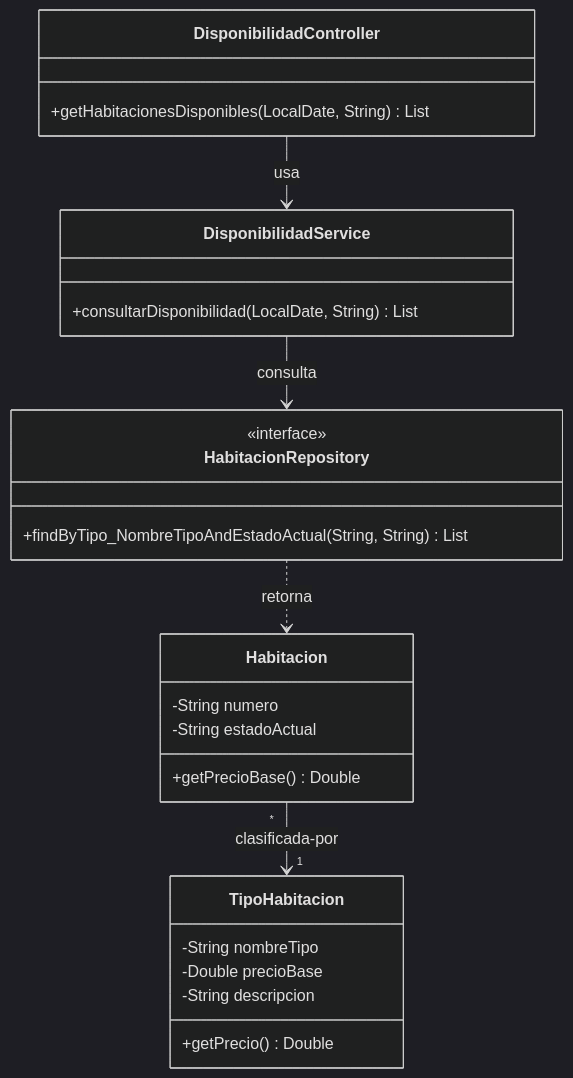
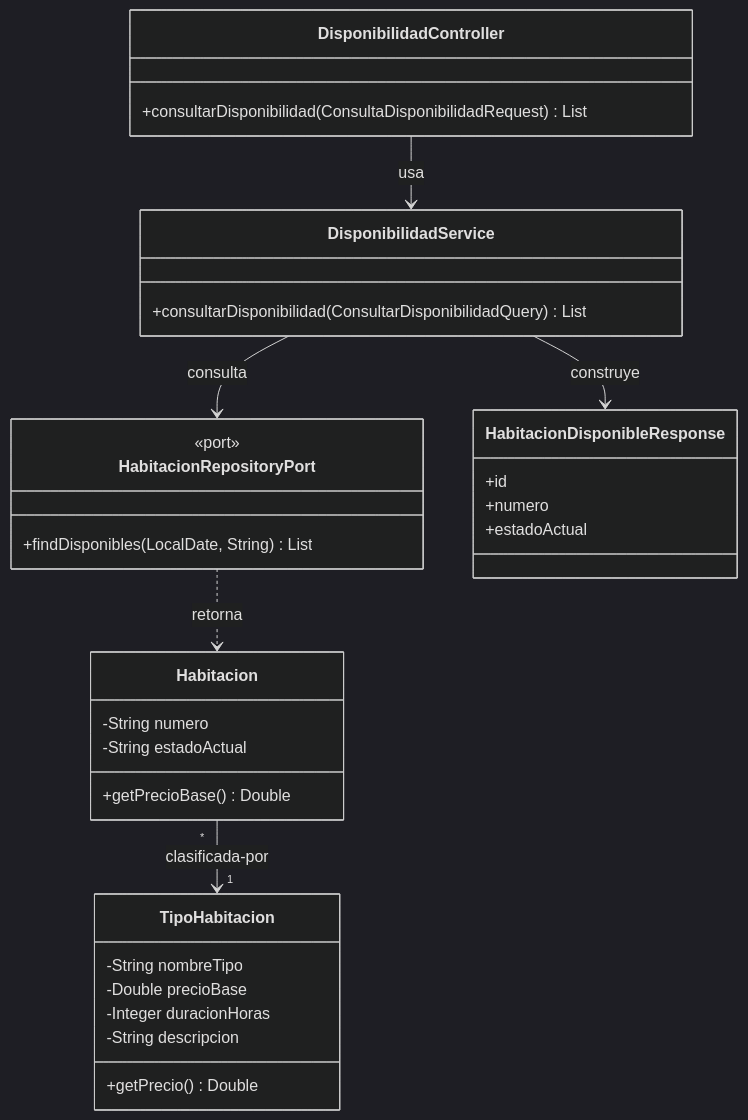
Before and after one commit to Tsmrain/GestionSistemas: the diagram in 03_Diseño/CU-01-Consultar-Disponibilidad/CU-01_Clases_Diseño.mmd, drawn with Mermaid (dark theme). The commit also changed 55 other files, not shown here.

Commit message:
Refactor reservas flow for layered architecture

```diff
--- a/03_Diseño/CU-01-Consultar-Disponibilidad/CU-01_Clases_Diseño.mmd
+++ b/03_Diseño/CU-01-Consultar-Disponibilidad/CU-01_Clases_Diseño.mmd
@@ -1,33 +1,41 @@
 classDiagram
     direction TB
-    
+
     class DisponibilidadController {
-        +getHabitacionesDisponibles(LocalDate, String) List
+        +consultarDisponibilidad(ConsultaDisponibilidadRequest) List
     }
 
     class DisponibilidadService {
-        +consultarDisponibilidad(LocalDate, String) List
+        +consultarDisponibilidad(ConsultarDisponibilidadQuery) List
     }
 
-    class HabitacionRepository {
-        <<interface>>
-        +findByTipo_NombreTipoAndEstadoActual(String, String) List
+    class HabitacionRepositoryPort {
+        <<port>>
+        +findDisponibles(LocalDate, String) List
+    }
+
+    class HabitacionDisponibleResponse {
+        +id
+        +numero
+        +estadoActual
     }
 
     class Habitacion {
         -String numero
         -String estadoActual
         +getPrecioBase() Double
     }
 
     class TipoHabitacion {
         -String nombreTipo
         -Double precioBase
+        -Integer duracionHoras
         -String descripcion
         +getPrecio() Double
     }
 
     DisponibilidadController --> DisponibilidadService : usa
-    DisponibilidadService --> HabitacionRepository : consulta
-    HabitacionRepository ..> Habitacion : retorna
+    DisponibilidadService --> HabitacionRepositoryPort : consulta
+    DisponibilidadService --> HabitacionDisponibleResponse : construye
+    HabitacionRepositoryPort ..> Habitacion : retorna
     Habitacion "*" --> "1" TipoHabitacion : clasificada-por
```
